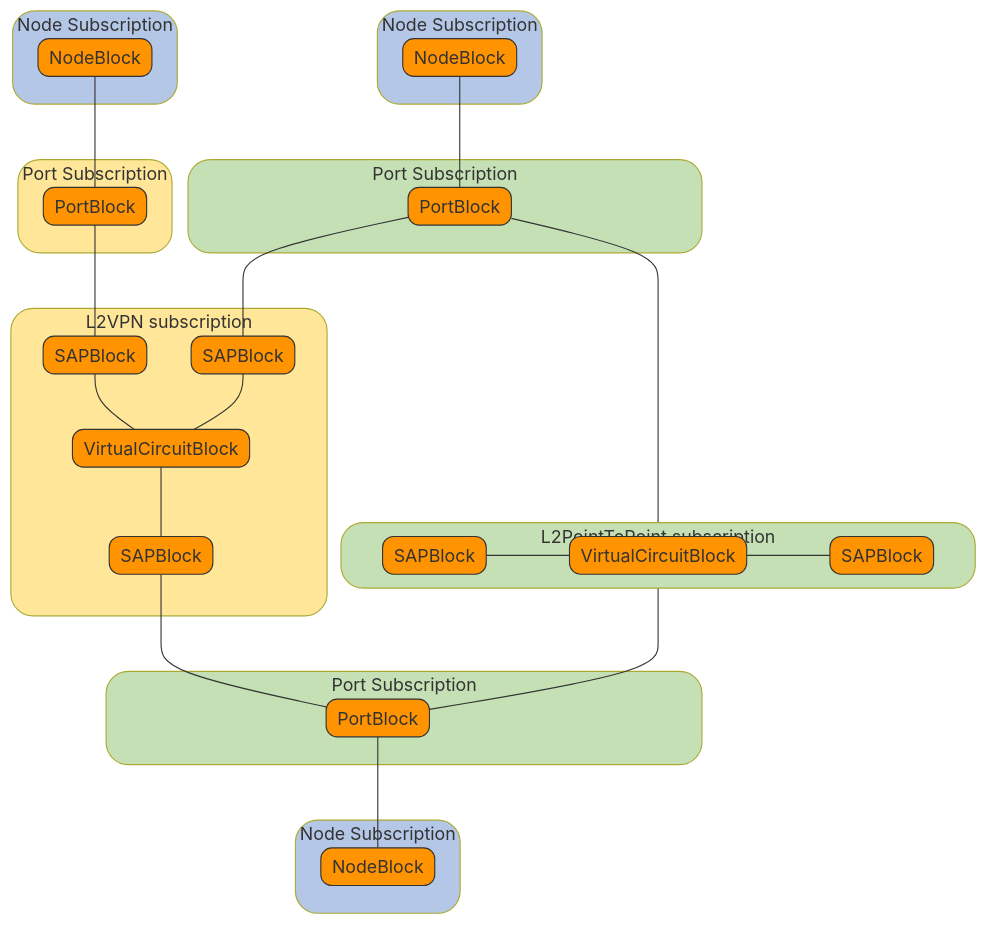
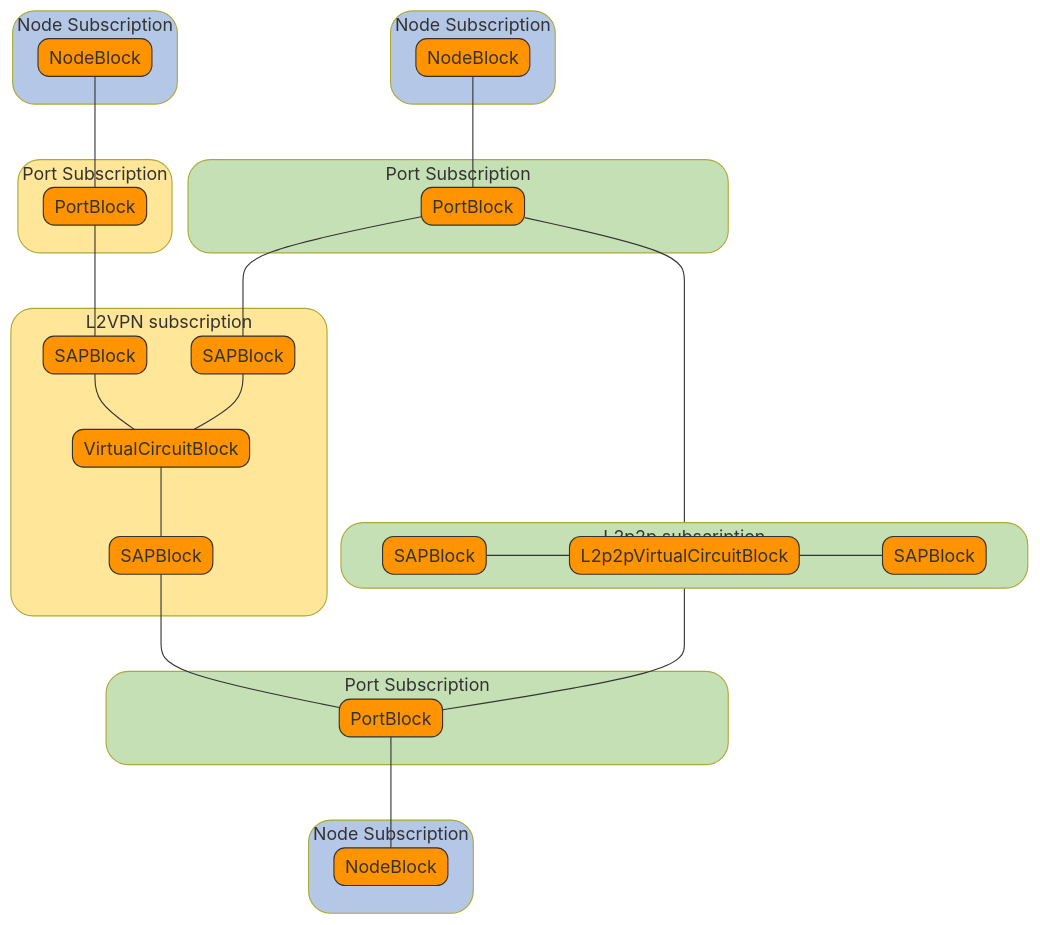
Before and after one commit to workfloworchestrator/workfloworchestrator.github.io: the second of 2 diagrams in docs/workshops/example-orchestrator/scenario.md, drawn with Mermaid. The commit also changed 4 other files, not shown here.

````diff
--- a/docs/workshops/example-orchestrator/scenario.md
+++ b/docs/workshops/example-orchestrator/scenario.md
@@ -31,65 +31,65 @@
 ```mermaid
 %%{init: {
     'flowchart': {
         'padding': 5,
         'nodeSpacing': 5
     }
 }}%%
 flowchart
     direction TB
     subgraph sg_node1[Node Subscription]
         node1[NodeBlock]
     end
     subgraph sg_node2[Node Subscription]
         node2[NodeBlock]
     end
     subgraph sg_node3[Node Subscription]
         node3[NodeBlock]
     end
     subgraph sg_port1[Port Subscription]
         port1[PortBlock]
     end
     subgraph sg_port2[Port Subscription]
         port2[PortBlock]
     end
     subgraph sg_port3[Port Subscription]
         port3[PortBlock]
     end
     node1 --- port1
     node2 --- port2
     port3 --- node3
-    subgraph sg_l2ptp[L2PointToPoint subscription]
+    subgraph sg_l2p2p[L2p2p subscription]
         direction LR
         l2ptp_sap1[SAPBlock]
-        l2ptp_vc[VirtualCircuitBlock]
+        l2ptp_vc[L2p2pVirtualCircuitBlock]
         l2ptp_sap2[SAPBlock]
         l2ptp_sap1 --- l2ptp_vc
         l2ptp_vc --- l2ptp_sap2
     end
     port1 --- l2ptp_sap1
     l2ptp_sap2 --- port3
     subgraph sg_l2vpn[L2VPN subscription]
         l2vpn_sap1[SAPBlock]
         l2vpn_sap2[SAPBlock]
         l2vpn_sap3[SAPBlock]
         l2vpn_vc[VirtualCircuitBlock]
         l2vpn_sap1 --- l2vpn_vc
         l2vpn_sap2 --- l2vpn_vc
         l2vpn_vc --- l2vpn_sap3
     end
     port1 --- l2vpn_sap1
     port2 --- l2vpn_sap2
     l2vpn_sap3 --- port3
 
 
     style sg_node1 rx:20,ry:20,fill:#b4c7e7
     style sg_node2 rx:20,ry:20,fill:#b4c7e7
     style sg_node3 rx:20,ry:20,fill:#b4c7e7
     style sg_port1 rx:20,ry:20,fill:#c5e0b4
     style sg_port2 rx:20,ry:20,fill:#ffe699
     style sg_port3 rx:20,ry:20,fill:#c5e0b4
     style sg_l2vpn rx:20,ry:20,fill:#ffe699
-    style sg_l2ptp rx:20,ry:20,fill:#c5e0b4
+    style sg_l2p2p rx:20,ry:20,fill:#c5e0b4
 
     classDef default rx:10,ry:10,fill:#ff9300,stroke:#333,stroke-width:1px
 ```
````
